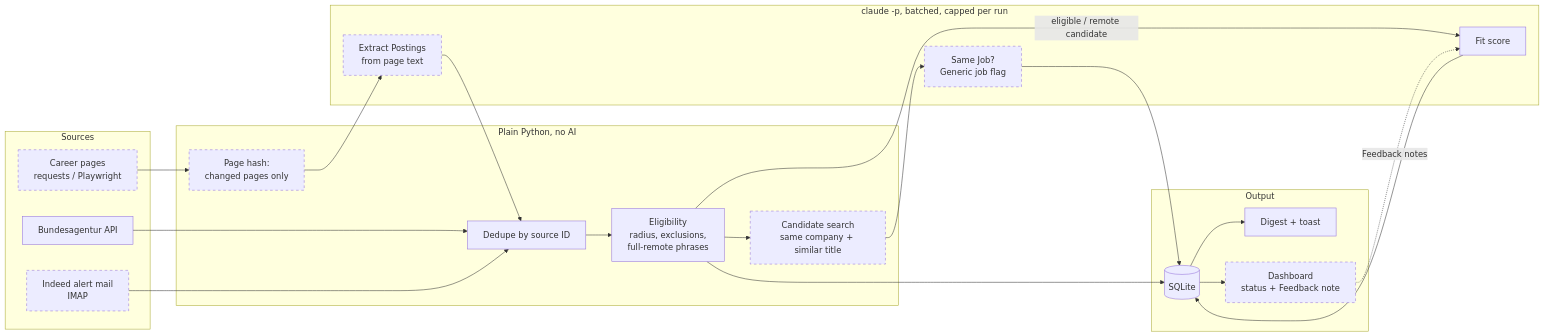
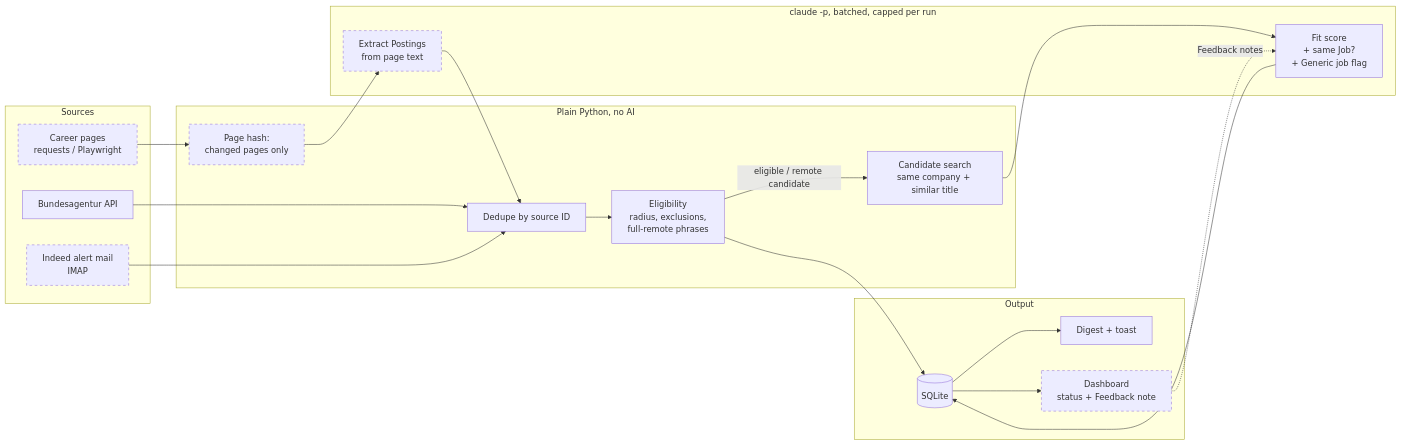
Before and after one commit to H4ppyFlu/JobSearch: the diagram in README.md, drawn with Mermaid. The commit also changed other lines of this file and 11 other files, not shown here.

First line of the commit message:
Phase 4: Job matching across Sources, Generic jobs, Reopenings

````diff
--- a/README.md
+++ b/README.md
@@ -13,34 +13,32 @@
 ```mermaid
 flowchart LR
     subgraph Sources
         BA[Bundesagentur API]
         IM[Indeed alert mail<br/>IMAP]:::planned
         CP[Career pages<br/>requests / Playwright]:::planned
     end
     subgraph Rules["Plain Python, no AI"]
         DD[Dedupe by source ID]
         EL[Eligibility<br/>radius, exclusions,<br/>full-remote phrases]
-        CS[Candidate search<br/>same company + similar title]:::planned
+        CS[Candidate search<br/>same company + similar title]
         HS[Page hash:<br/>changed pages only]:::planned
     end
     subgraph AI["claude -p, batched, capped per run"]
-        SC[Fit score]
-        MJ[Same Job?<br/>Generic job flag]:::planned
+        SC[Fit score<br/>+ same Job?<br/>+ Generic job flag]
         EX[Extract Postings<br/>from page text]:::planned
     end
     subgraph Output
         DB[(SQLite)]
         DG[Digest + toast]
         DA[Dashboard<br/>status + Feedback note]:::planned
     end
     BA --> DD
     IM --> DD
     CP --> HS --> EX --> DD
     DD --> EL --> DB
-    EL -- eligible / remote candidate --> SC --> DB
-    EL --> CS --> MJ --> DB
+    EL -- eligible / remote candidate --> CS --> SC --> DB
     DB --> DG
     DB --> DA
     DA -. Feedback notes .-> SC
     classDef planned stroke-dasharray: 5 5
 ```
````
